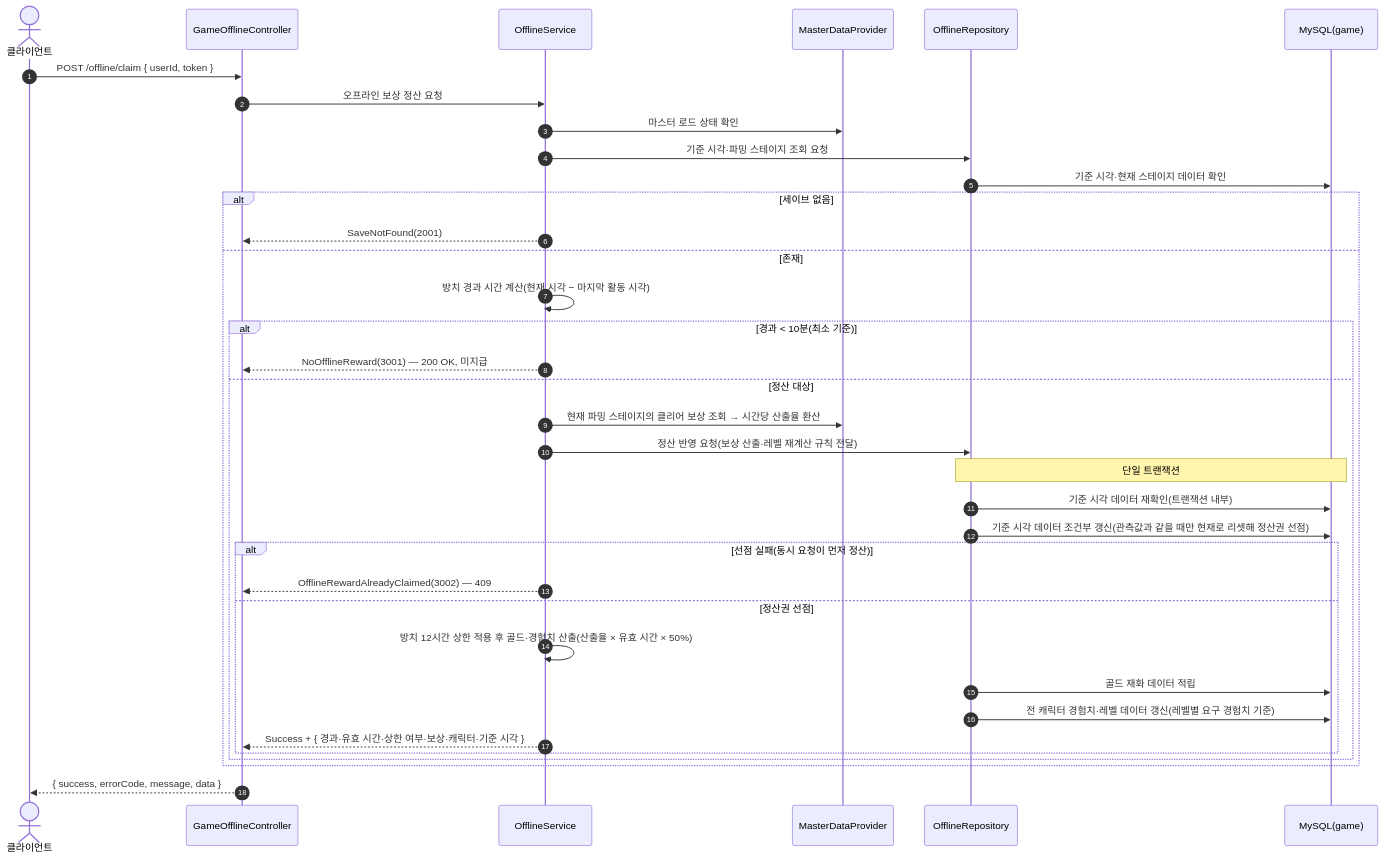
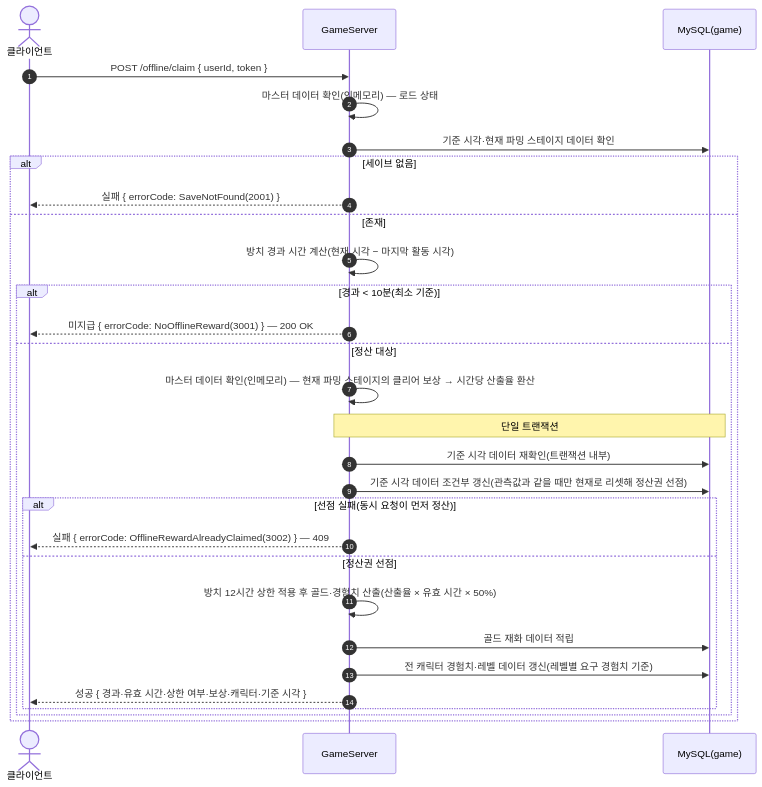
Before and after one commit to ks-wook/com2us-taskbar-hero: the diagram in SequenceDiagram/GameOfflineController.md, drawn with Mermaid. The commit also changed other lines of this file and 8 other files, not shown here.

Commit message:
시퀀스 다이어그램 수정

````diff
--- a/SequenceDiagram/GameOfflineController.md
+++ b/SequenceDiagram/GameOfflineController.md
@@ -9,39 +9,32 @@
 ```mermaid
 sequenceDiagram
     autonumber
     actor C as 클라이언트
-    participant Ctrl as GameOfflineController
-    participant Svc as OfflineService
-    participant MD as MasterDataProvider
-    participant Repo as OfflineRepository
+    participant S as GameServer
     participant DB as MySQL(game)
 
-    C->>Ctrl: POST /offline/claim { userId, token }
-    Ctrl->>Svc: 오프라인 보상 정산 요청
-    Svc->>MD: 마스터 로드 상태 확인
-    Svc->>Repo: 기준 시각·파밍 스테이지 조회 요청
-    Repo->>DB: 기준 시각·현재 스테이지 데이터 확인
+    C->>S: POST /offline/claim { userId, token }
+    S->>S: 마스터 데이터 확인(인메모리) — 로드 상태
+    S->>DB: 기준 시각·현재 파밍 스테이지 데이터 확인
     alt 세이브 없음
-        Svc-->>Ctrl: SaveNotFound(2001)
+        S-->>C: 실패 { errorCode: SaveNotFound(2001) }
     else 존재
-        Svc->>Svc: 방치 경과 시간 계산(현재 시각 − 마지막 활동 시각)
+        S->>S: 방치 경과 시간 계산(현재 시각 − 마지막 활동 시각)
         alt 경과 < 10분(최소 기준)
-            Svc-->>Ctrl: NoOfflineReward(3001) — 200 OK, 미지급
+            S-->>C: 미지급 { errorCode: NoOfflineReward(3001) } — 200 OK
         else 정산 대상
-            Svc->>MD: 현재 파밍 스테이지의 클리어 보상 조회 → 시간당 산출율 환산
-            Svc->>Repo: 정산 반영 요청(보상 산출·레벨 재계산 규칙 전달)
-            Note over Repo,DB: 단일 트랜잭션
-            Repo->>DB: 기준 시각 데이터 재확인(트랜잭션 내부)
-            Repo->>DB: 기준 시각 데이터 조건부 갱신(관측값과 같을 때만 현재로 리셋해 정산권 선점)
+            S->>S: 마스터 데이터 확인(인메모리) — 현재 파밍 스테이지의 클리어 보상 → 시간당 산출율 환산
+            Note over S,DB: 단일 트랜잭션
+            S->>DB: 기준 시각 데이터 재확인(트랜잭션 내부)
+            S->>DB: 기준 시각 데이터 조건부 갱신(관측값과 같을 때만 현재로 리셋해 정산권 선점)
             alt 선점 실패(동시 요청이 먼저 정산)
-                Svc-->>Ctrl: OfflineRewardAlreadyClaimed(3002) — 409
+                S-->>C: 실패 { errorCode: OfflineRewardAlreadyClaimed(3002) } — 409
             else 정산권 선점
-                Svc->>Svc: 방치 12시간 상한 적용 후 골드·경험치 산출(산출율 × 유효 시간 × 50%)
-                Repo->>DB: 골드 재화 데이터 적립
-                Repo->>DB: 전 캐릭터 경험치·레벨 데이터 갱신(레벨별 요구 경험치 기준)
-                Svc-->>Ctrl: Success + { 경과·유효 시간·상한 여부·보상·캐릭터·기준 시각 }
+                S->>S: 방치 12시간 상한 적용 후 골드·경험치 산출(산출율 × 유효 시간 × 50%)
+                S->>DB: 골드 재화 데이터 적립
+                S->>DB: 전 캐릭터 경험치·레벨 데이터 갱신(레벨별 요구 경험치 기준)
+                S-->>C: 성공 { 경과·유효 시간·상한 여부·보상·캐릭터·기준 시각 }
             end
         end
     end
-    Ctrl-->>C: { success, errorCode, message, data }
 ```
````
